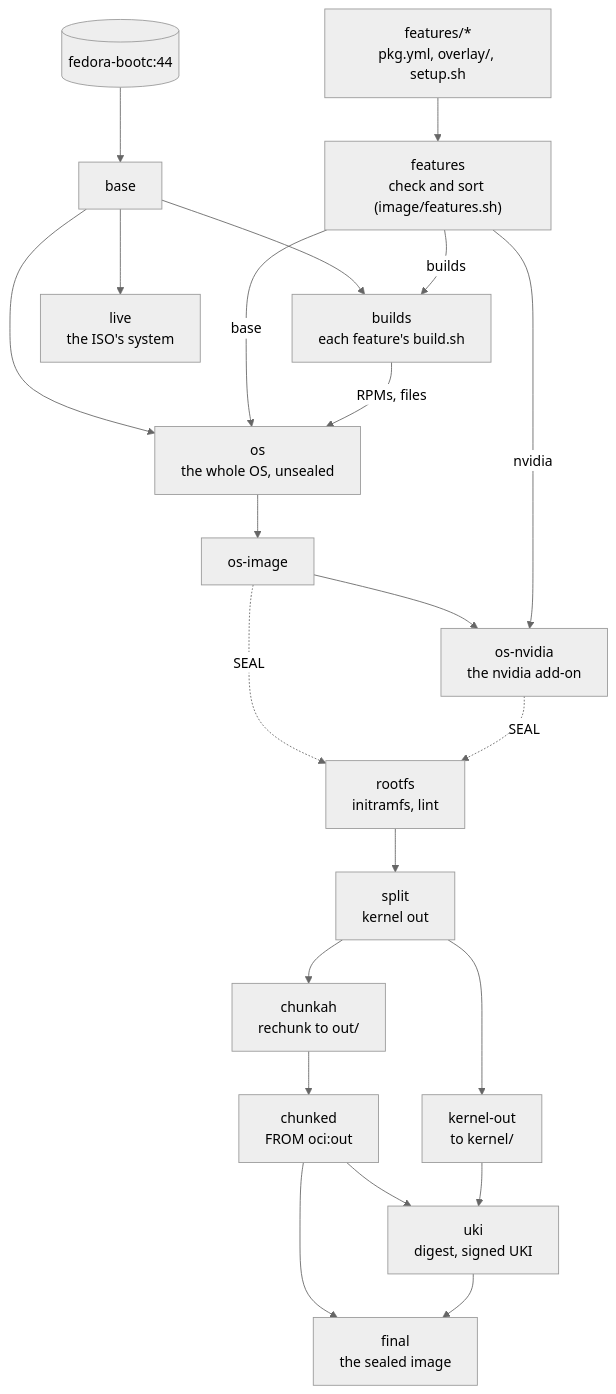
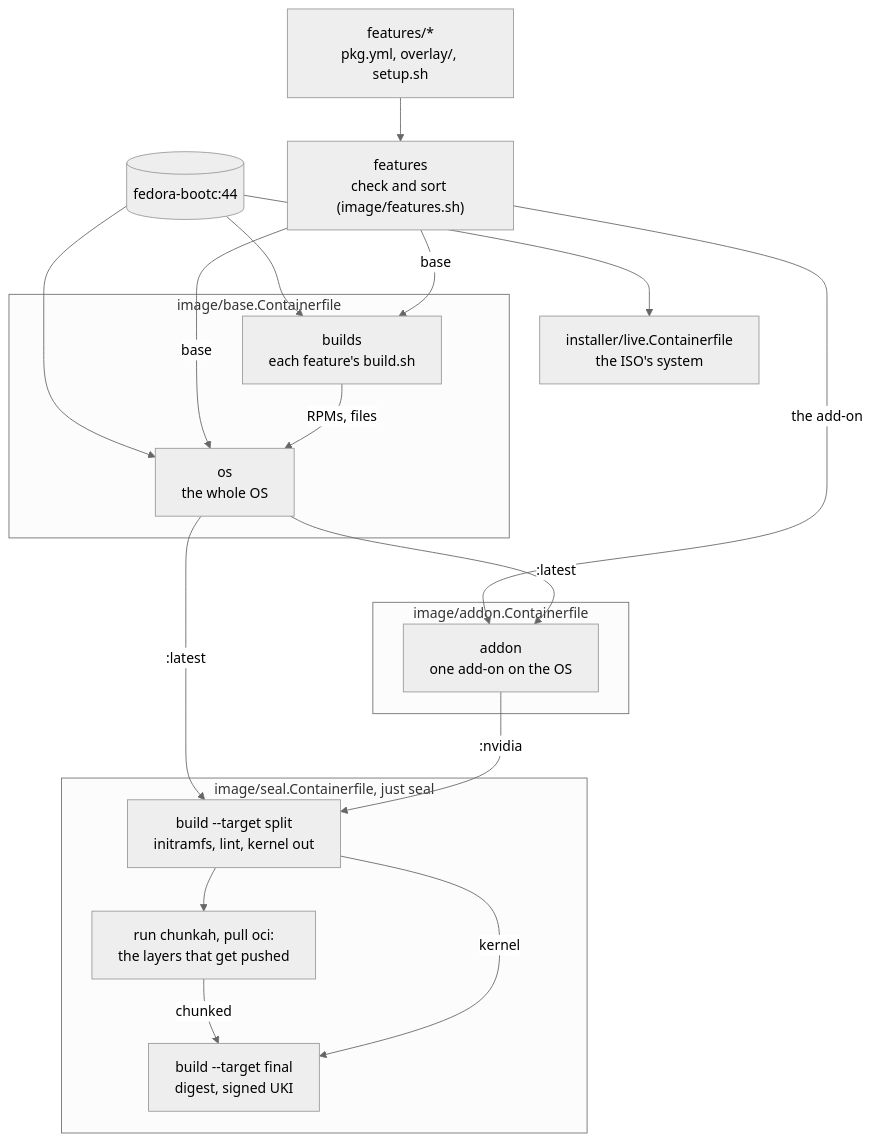
The first of 2 diagrams in docs/architecture/build.md (LucaRickli/dotfiles), drawn with Mermaid (neutral theme) before and after one commit. The commit also changed other lines of this file and 74 other files, not shown here.

````diff
--- a/docs/architecture/build.md
+++ b/docs/architecture/build.md
@@ -10,24 +20,29 @@
 ```mermaid
 flowchart TB
     repo["features/*<br/>pkg.yml, overlay/, setup.sh"] --> sort["features<br/>check and sort (image/features.sh)"]
-    fedora[("fedora-bootc:44")] --> base
-    base --> builds["builds<br/>each feature's build.sh"]
-    sort -- "builds" --> builds
-    base --> os["os<br/>the whole OS, unsealed"]
+    subgraph basecf["image/base.Containerfile"]
+        builds["builds<br/>each feature's build.sh"]
+        os["os<br/>the whole OS"]
+    end
+    subgraph addoncf["image/addon.Containerfile"]
+        addon["addon<br/>one add-on on the OS"]
+    end
+    subgraph sealcf["image/seal.Containerfile, just seal"]
+        split["build --target split<br/>initramfs, lint, kernel out"]
+        chunkah["run chunkah, pull oci:<br/>the layers that get pushed"]
+        final["build --target final<br/>digest, signed UKI"]
+    end
+    fedora[("fedora-bootc:44")] --> builds
+    fedora --> os
+    fedora --> live["installer/live.Containerfile<br/>the ISO's system"]
+    sort -- "base" --> builds
     sort -- "base" --> os
     builds -- "RPMs, files" --> os
-    os --> osimage["os-image"]
-    osimage --> osnv["os-nvidia<br/>the nvidia add-on"]
-    sort -- "nvidia" --> osnv
-    osimage -.->|SEAL| rootfs
-    osnv -.->|SEAL| rootfs
-    rootfs["rootfs<br/>initramfs, lint"] --> split["split<br/>kernel out"]
-    split --> chunkah["chunkah<br/>rechunk to out/"]
-    split --> kout["kernel-out<br/>to kernel/"]
-    chunkah --> chunked["chunked<br/>FROM oci:out"]
-    chunked --> uki["uki<br/>digest, signed UKI"]
-    kout --> uki
-    chunked --> final
-    uki --> final["final<br/>the sealed image"]
-    base --> live["live<br/>the ISO's system"]
+    sort -- "the add-on" --> addon
+    os -- ":latest" --> addon
+    os -- ":latest" --> split
+    addon -- ":nvidia" --> split
+    split --> chunkah
+    chunkah -- "chunked" --> final
+    split -- "kernel" --> final
 ```
````
